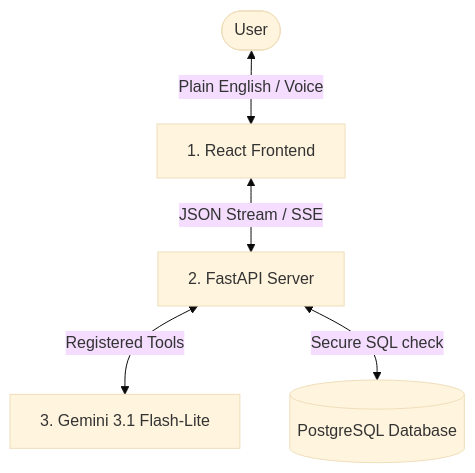
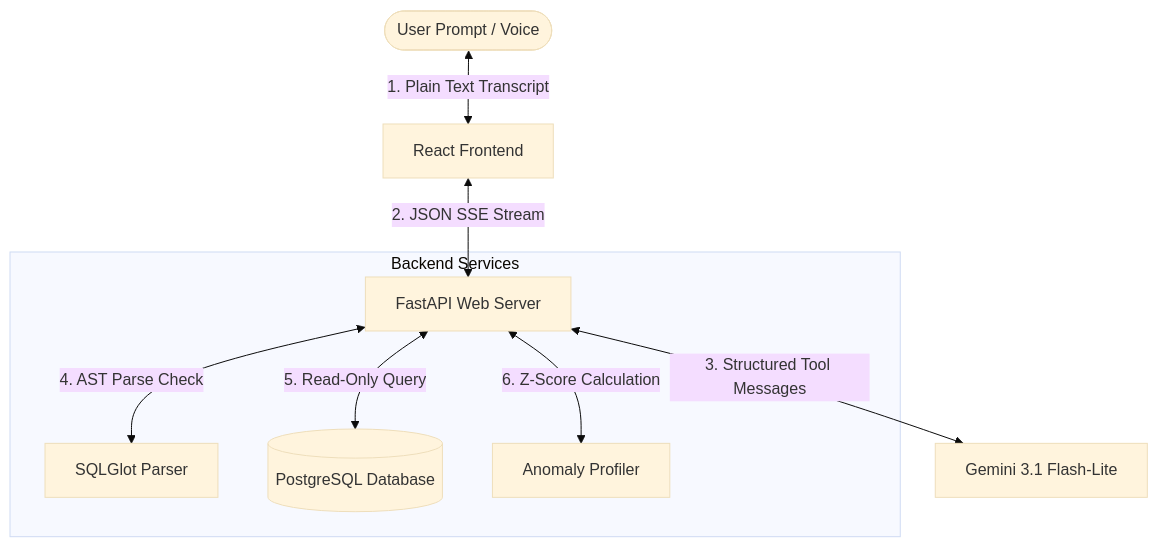
The diagram in README.md (balax-24/ledger-sql-agent), drawn with Mermaid (base theme) before and after one commit. The commit also changed other lines of this file, not shown here.

Commit message:
docs: update README with system architecture, security guardrails, and deployment guides

````diff
--- a/README.md
+++ b/README.md
@@ -49,7 +102,12 @@
 ```mermaid
 flowchart TD
-    User([User]) <-->|Plain English / Voice| UI[1. React Frontend]
-    UI <-->|JSON Stream / SSE| Backend[2. FastAPI Server]
-    Backend <-->|Registered Tools| Gemini[3. Gemini 3.1 Flash-Lite]
-    Backend <-->|Secure SQL check| DB[(PostgreSQL Database)]
+    User([User Prompt / Voice]) <-->|1. Plain Text Transcript| UI[React Frontend]
+    UI <-->|2. JSON SSE Stream| Backend[FastAPI Web Server]
+    Backend <-->|3. Structured Tool Messages| Gemini[Gemini 3.1 Flash-Lite]
+    
+    subgraph Backend Services
+        Backend <-->|4. AST Parse Check| Validator[SQLGlot Parser]
+        Backend <-->|5. Read-Only Query| DB[(PostgreSQL Database)]
+        Backend <-->|6. Z-Score Calculation| Anomaly[Anomaly Profiler]
+    end
 ```
````
